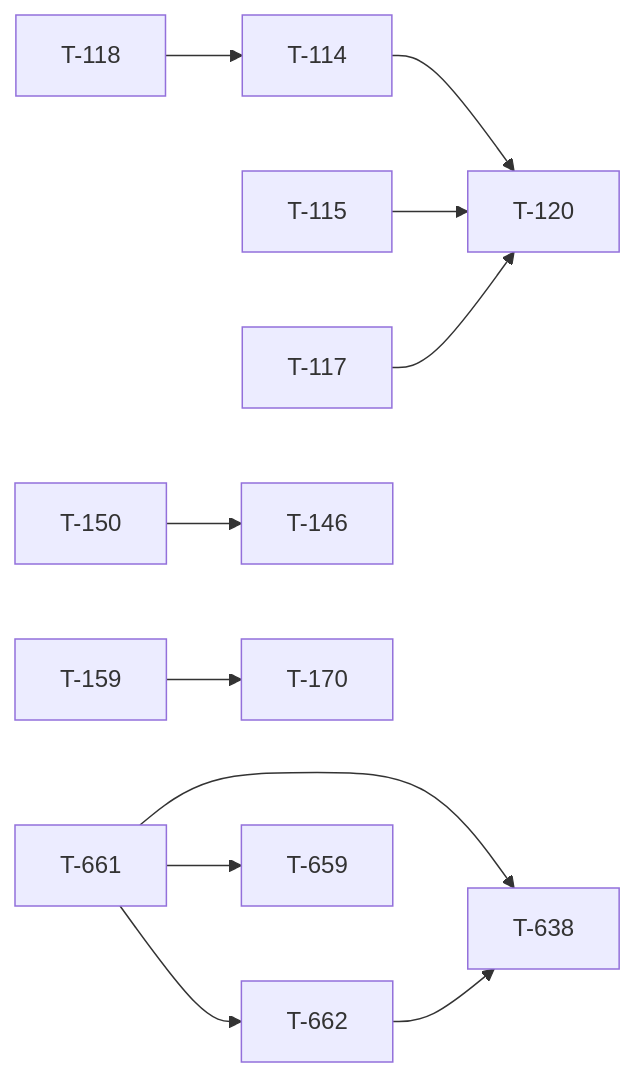
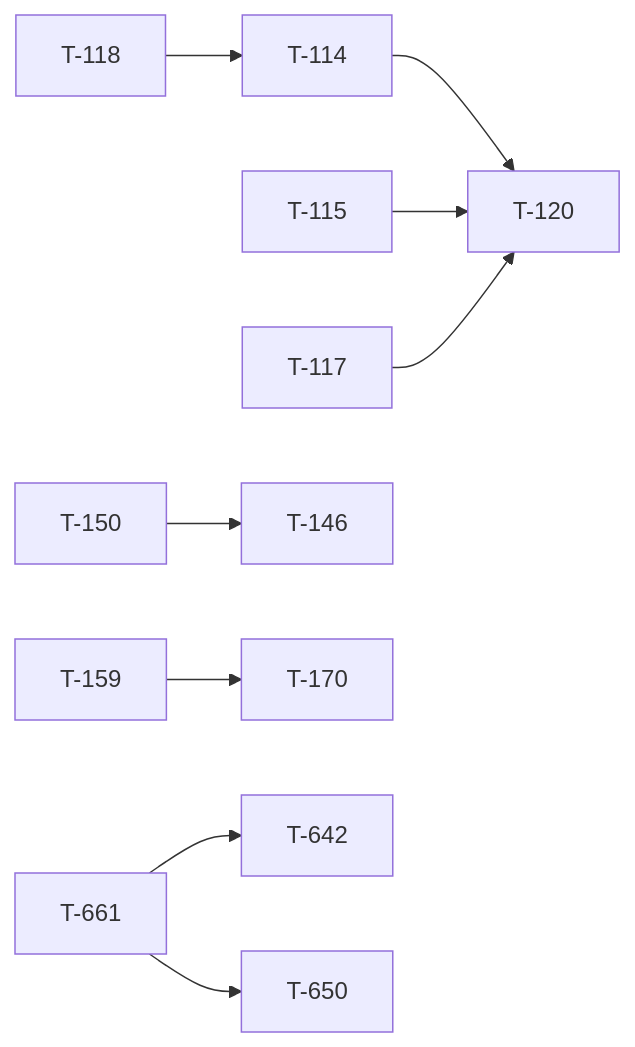
Before and after one commit to darkforce09/TBD-reforger: the diagram in docs/TICKET_LEAD.md, drawn with Mermaid. The commit also changed other lines of this file and 8 other files, not shown here.

````diff
--- a/docs/TICKET_LEAD.md
+++ b/docs/TICKET_LEAD.md
@@ -28,13 +28,11 @@
 ```mermaid
 flowchart LR
   T118[T-118] --> T114[T-114]
   T114[T-114] --> T120[T-120]
   T115[T-115] --> T120[T-120]
   T117[T-117] --> T120[T-120]
   T150[T-150] --> T146[T-146]
   T159[T-159] --> T170[T-170]
-  T661[T-661] --> T662[T-662]
-  T661[T-661] --> T638[T-638]
-  T662[T-662] --> T638[T-638]
-  T661[T-661] --> T659[T-659]
+  T661[T-661] --> T642[T-642]
+  T661[T-661] --> T650[T-650]
 ```
````
